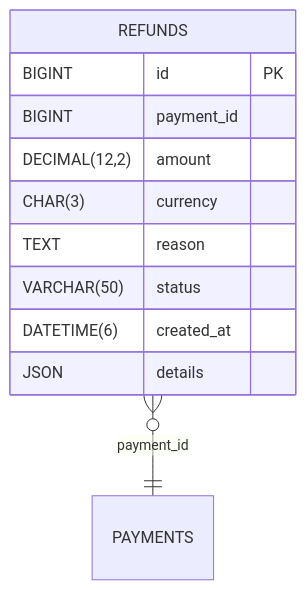
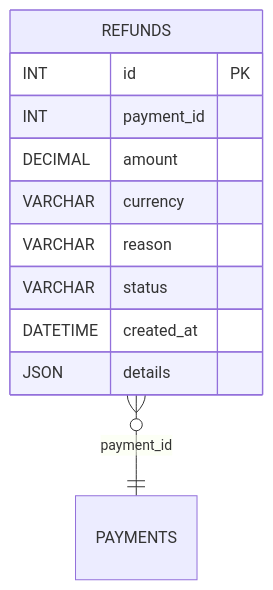
One commit to blackcatdatabase/table-refunds changed the diagram in README.md. Above: the diagram before and after it, drawn with Mermaid. The commit also changed other lines of this file, not shown here.

Commit message:
chore(schema): add/update generated schema + README (umbrella sync)

````diff
--- a/README.md
+++ b/README.md
@@ -52,14 +52,14 @@
 ```mermaid
 erDiagram
   REFUNDS {
-    BIGINT id PK
-    BIGINT payment_id
-    DECIMAL(12,2) amount
-    CHAR(3) currency
-    TEXT reason
-    VARCHAR(50) status
-    DATETIME(6) created_at
+    INT id PK
+    INT payment_id
+    DECIMAL amount
+    VARCHAR currency
+    VARCHAR reason
+    VARCHAR status
+    DATETIME created_at
     JSON details
   }
   REFUNDS }o--|| PAYMENTS : "payment_id"
 ```
````
